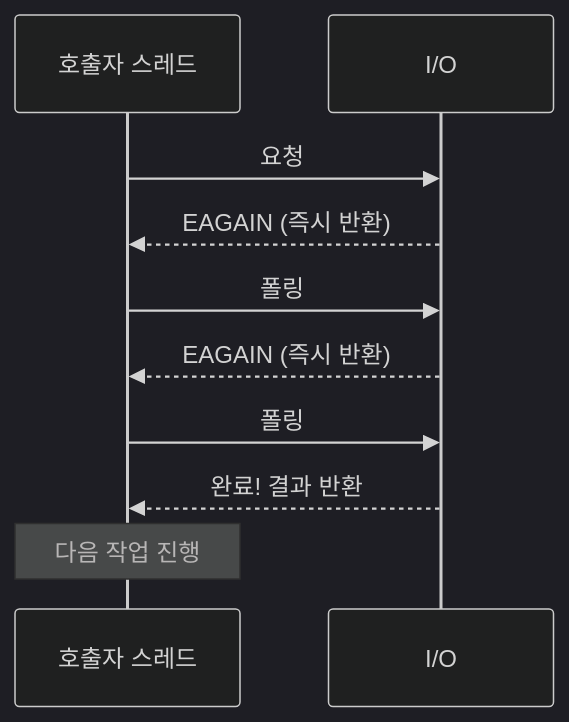
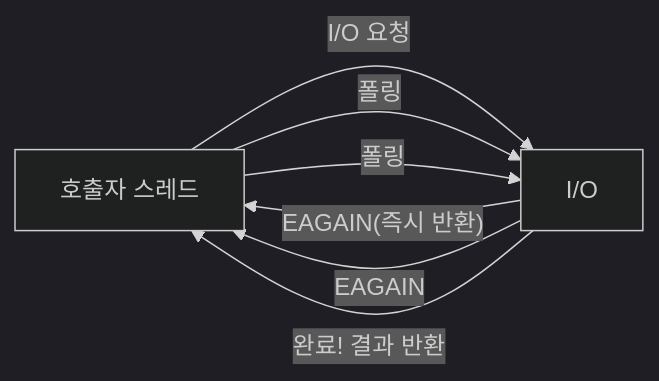
The second of 9 diagrams in _posts/server/2026-05-01-sync-async-block-nonblock.md (yjkim2015/yjkim2015.github.io), drawn with Mermaid (dark theme) before and after one commit. The commit also changed other lines of this file and 32 other files, not shown here.

First line of the commit message:
sequenceDiagram 82개 → graph LR 변환 완료

````diff
--- a/_posts/server/2026-05-01-sync-async-block-nonblock.md
+++ b/_posts/server/2026-05-01-sync-async-block-nonblock.md
@@ -90,12 +90,9 @@
 ```mermaid
-sequenceDiagram
-    participant T as 호출자 스레드
-    participant IO as I/O
-    T->>IO: 요청
-    IO-->>T: EAGAIN (즉시 반환)
-    T->>IO: 폴링
-    IO-->>T: EAGAIN (즉시 반환)
-    T->>IO: 폴링
-    IO-->>T: 완료! 결과 반환
-    Note over T: 다음 작업 진행
+graph LR
+    T["호출자 스레드"] -->|"I/O 요청"| IO["I/O"]
+    IO -->|"EAGAIN(즉시 반환)"| T
+    T -->|"폴링"| IO
+    IO -->|"EAGAIN"| T
+    T -->|"폴링"| IO
+    IO -->|"완료! 결과 반환"| T
 ```
````
